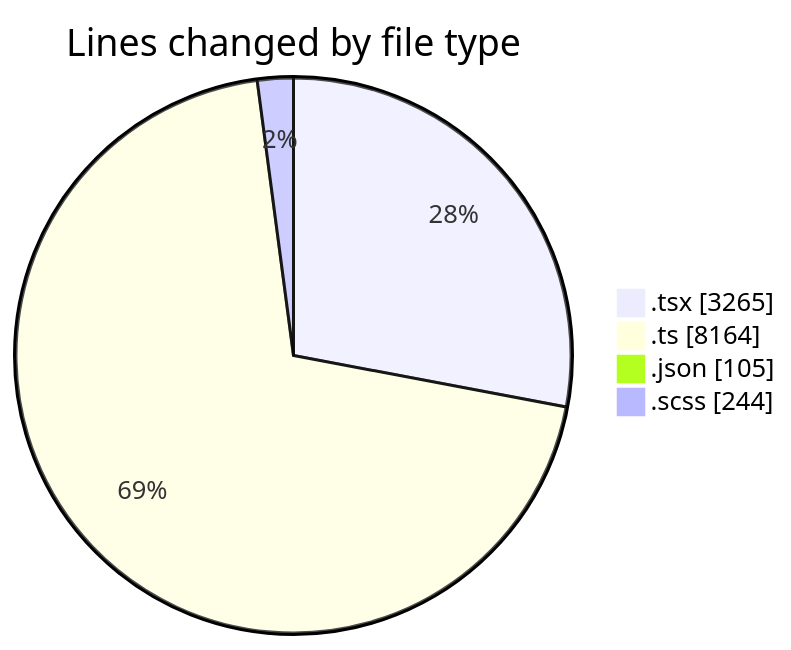
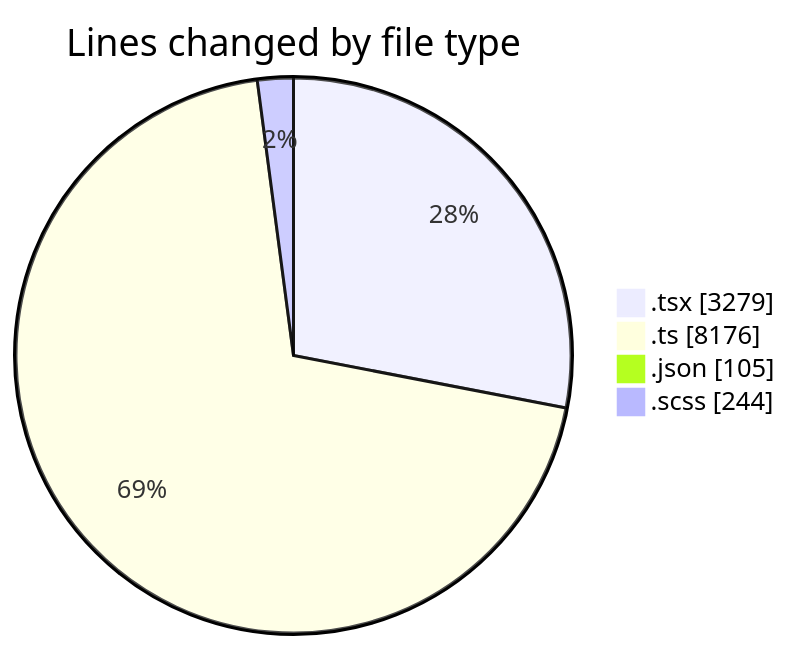
The first of 2 diagrams in 2025-07-09/cda/README.md (momahboobian/code-tracking), drawn with Mermaid before and after one commit. The commit also changed other lines of this file and 1 other file, not shown here.

````diff
--- a/2025-07-09/cda/README.md
+++ b/2025-07-09/cda/README.md
@@ -39,8 +39,8 @@
 ```mermaid
 pie showData
 title Lines changed by file type
-".tsx" : 3265
-".ts" : 8164
+".tsx" : 3279
+".ts" : 8176
 ".json" : 105
 ".scss" : 244
 ```
````
